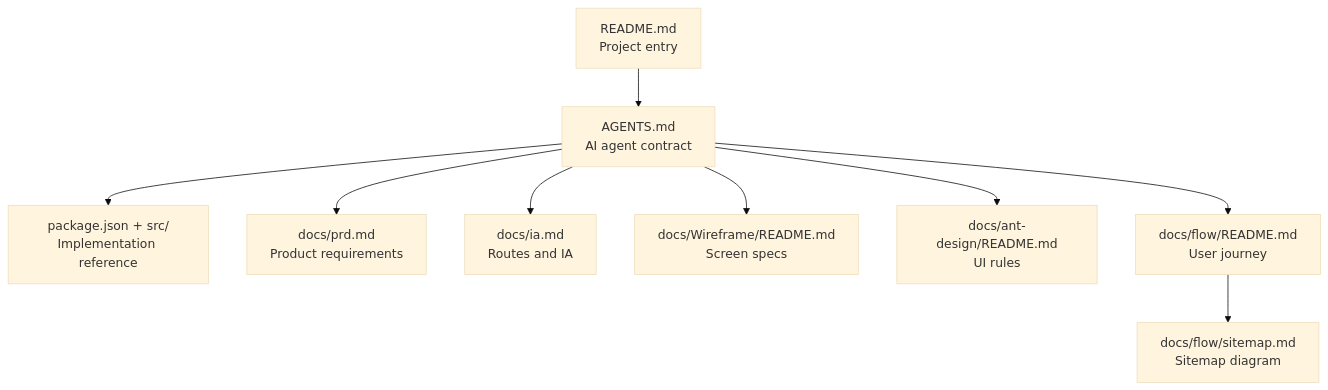
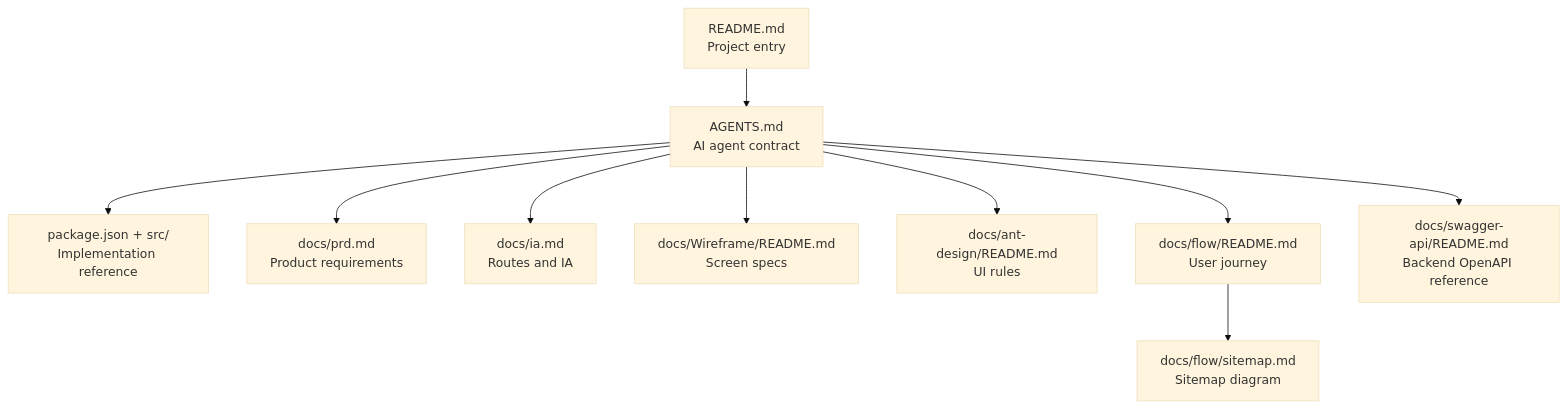
One commit to blackstarzck/topik-project-v13 changed the eighth of 8 diagrams in README.md. Above: the diagram before and after it, drawn with Mermaid (base theme). The commit also changed other lines of this file and 175 other files, not shown here.

````diff
--- a/README.md
+++ b/README.md
@@ -226,11 +226,12 @@
 ```mermaid
 flowchart TD
     A["README.md<br/>Project entry"] --> B["AGENTS.md<br/>AI agent contract"]
     B --> C["package.json + src/<br/>Implementation reference"]
     B --> D["docs/prd.md<br/>Product requirements"]
     B --> E["docs/ia.md<br/>Routes and IA"]
     B --> F["docs/Wireframe/README.md<br/>Screen specs"]
     B --> G["docs/ant-design/README.md<br/>UI rules"]
     B --> H["docs/flow/README.md<br/>User journey"]
+    B --> J["docs/swagger-api/README.md<br/>Backend OpenAPI reference"]
     H --> I["docs/flow/sitemap.md<br/>Sitemap diagram"]
 ```
````
